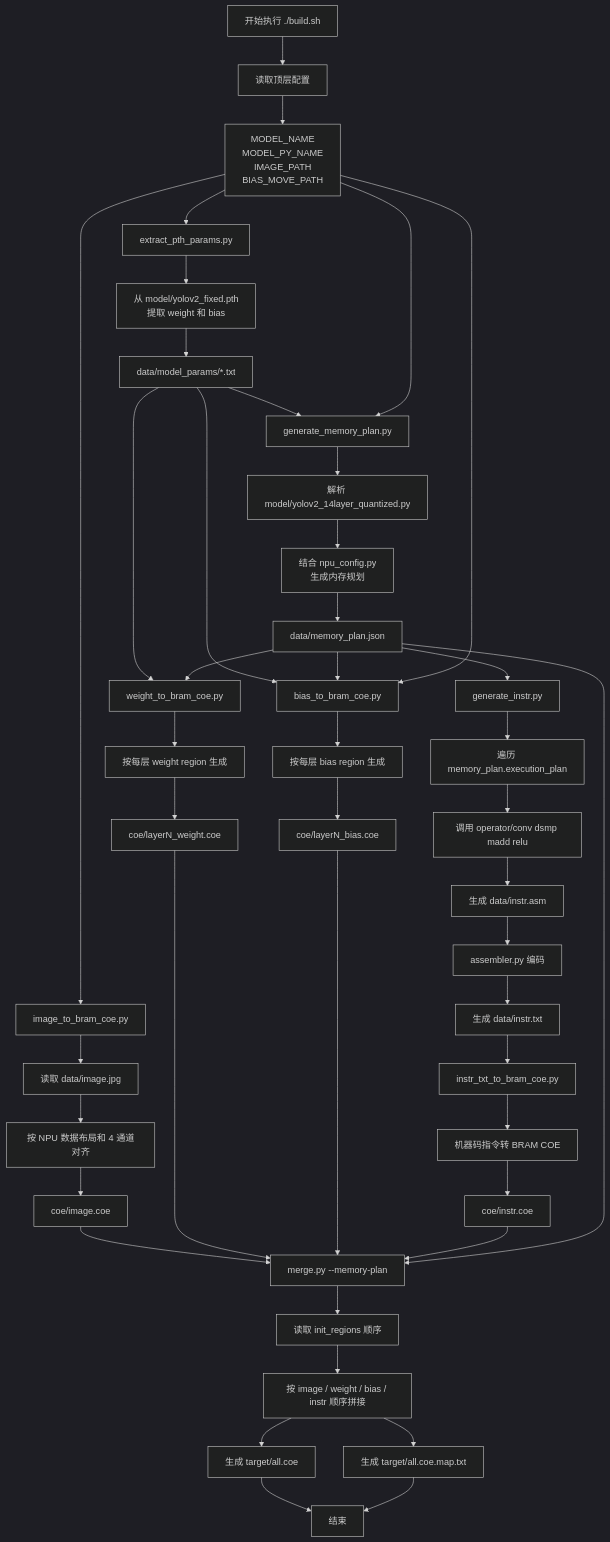
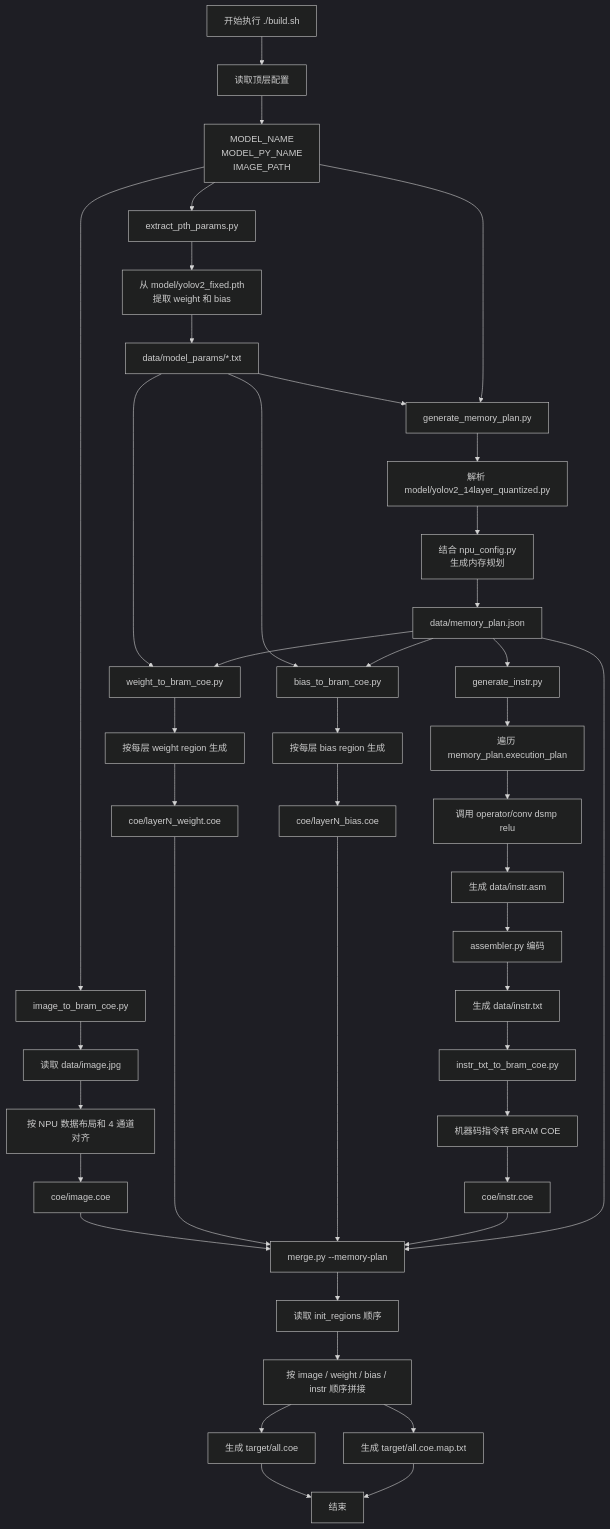
Before and after one commit to Apple-dead/F928_HSC_NPU_Compiler: the diagram in doc/编译器整体运行流程说明.md, drawn with Mermaid (dark theme). The commit also changed other lines of this file and 17 other files, not shown here.

Commit message:
Update conv bias handling and channel config encoding

````diff
--- a/doc/编译器整体运行流程说明.md
+++ b/doc/编译器整体运行流程说明.md
@@ -120,55 +118,54 @@
 ```mermaid
 flowchart TD
     A[开始执行 ./build.sh] --> B[读取顶层配置]
-    B --> B1[MODEL_NAME<br/>MODEL_PY_NAME<br/>IMAGE_PATH<br/>BIAS_MOVE_PATH]
+    B --> B1[MODEL_NAME<br/>MODEL_PY_NAME<br/>IMAGE_PATH]
 
     B1 --> C[extract_pth_params.py]
     C --> C1[从 model/yolov2_fixed.pth<br/>提取 weight 和 bias]
     C1 --> C2[data/model_params/*.txt]
 
     C2 --> D[generate_memory_plan.py]
     B1 --> D
     D --> D1[解析 model/yolov2_14layer_quantized.py]
     D1 --> D2[结合 npu_config.py<br/>生成内存规划]
     D2 --> D3[data/memory_plan.json]
 
     D3 --> E[generate_instr.py]
     E --> E1[遍历 memory_plan.execution_plan]
-    E1 --> E2[调用 operator/conv dsmp madd relu]
+    E1 --> E2[调用 operator/conv dsmp relu]
     E2 --> E3[生成 data/instr.asm]
     E3 --> E4[assembler.py 编码]
     E4 --> E5[生成 data/instr.txt]
 
     B1 --> F[image_to_bram_coe.py]
     F --> F1[读取 data/image.jpg]
     F1 --> F2[按 NPU 数据布局和 4 通道对齐]
     F2 --> F3[coe/image.coe]
 
     C2 --> G[weight_to_bram_coe.py]
     D3 --> G
     G --> G1[按每层 weight region 生成]
     G1 --> G2[coe/layerN_weight.coe]
 
     C2 --> H[bias_to_bram_coe.py]
     D3 --> H
-    B1 --> H
     H --> H1[按每层 bias region 生成]
     H1 --> H2[coe/layerN_bias.coe]
 
     E5 --> I[instr_txt_to_bram_coe.py]
     I --> I1[机器码指令转 BRAM COE]
     I1 --> I2[coe/instr.coe]
 
     F3 --> J[merge.py --memory-plan]
     G2 --> J
     H2 --> J
     I2 --> J
     D3 --> J
     J --> J1[读取 init_regions 顺序]
     J1 --> J2[按 image / weight / bias / instr 顺序拼接]
     J2 --> J3[生成 target/all.coe]
     J2 --> J4[生成 target/all.coe.map.txt]
 
     J3 --> K[结束]
     J4 --> K
 ```
````
